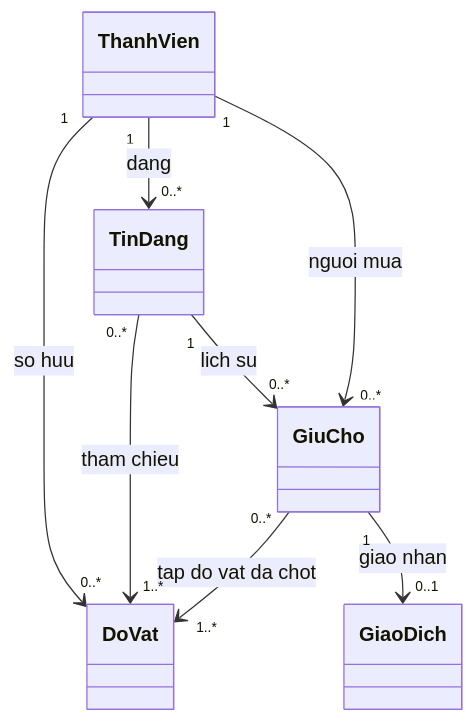
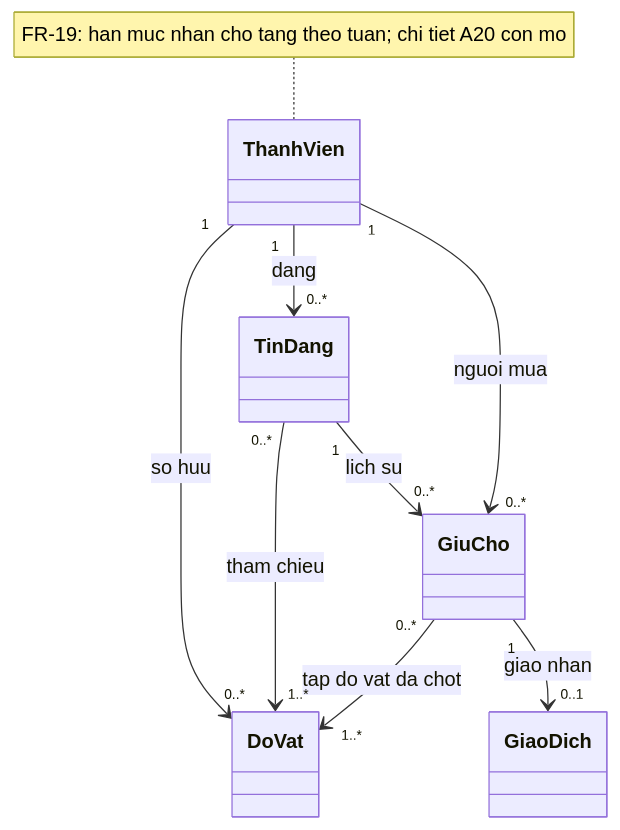
One commit to huunguyen-git/dorm-trading-platform changed the first of 8 diagrams in docs/uml/marketplace-lifecycle.md. Above: the diagram before and after it, drawn with Mermaid. The commit also changed other lines of this file and 9 other files, not shown here.

````diff
--- a/docs/uml/marketplace-lifecycle.md
+++ b/docs/uml/marketplace-lifecycle.md
@@ -7,10 +13,11 @@
 ```mermaid
 classDiagram
     ThanhVien "1" --> "0..*" DoVat : so huu
     ThanhVien "1" --> "0..*" TinDang : dang
     TinDang "0..*" --> "1..*" DoVat : tham chieu
     TinDang "1" --> "0..*" GiuCho : lich su
     ThanhVien "1" --> "0..*" GiuCho : nguoi mua
+    note for ThanhVien "FR-19: han muc nhan cho tang theo tuan; chi tiet A20 con mo"
     GiuCho "0..*" --> "1..*" DoVat : tap do vat da chot
     GiuCho "1" --> "0..1" GiaoDich : giao nhan
 ```
````
